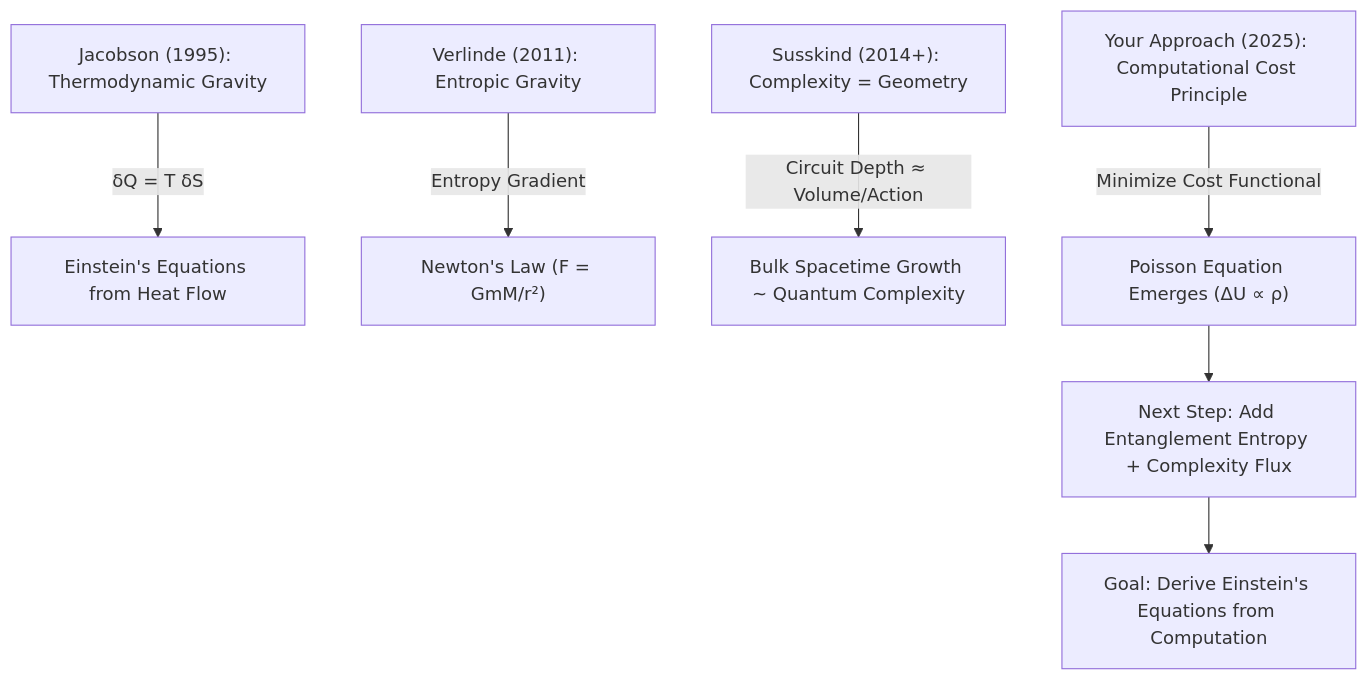
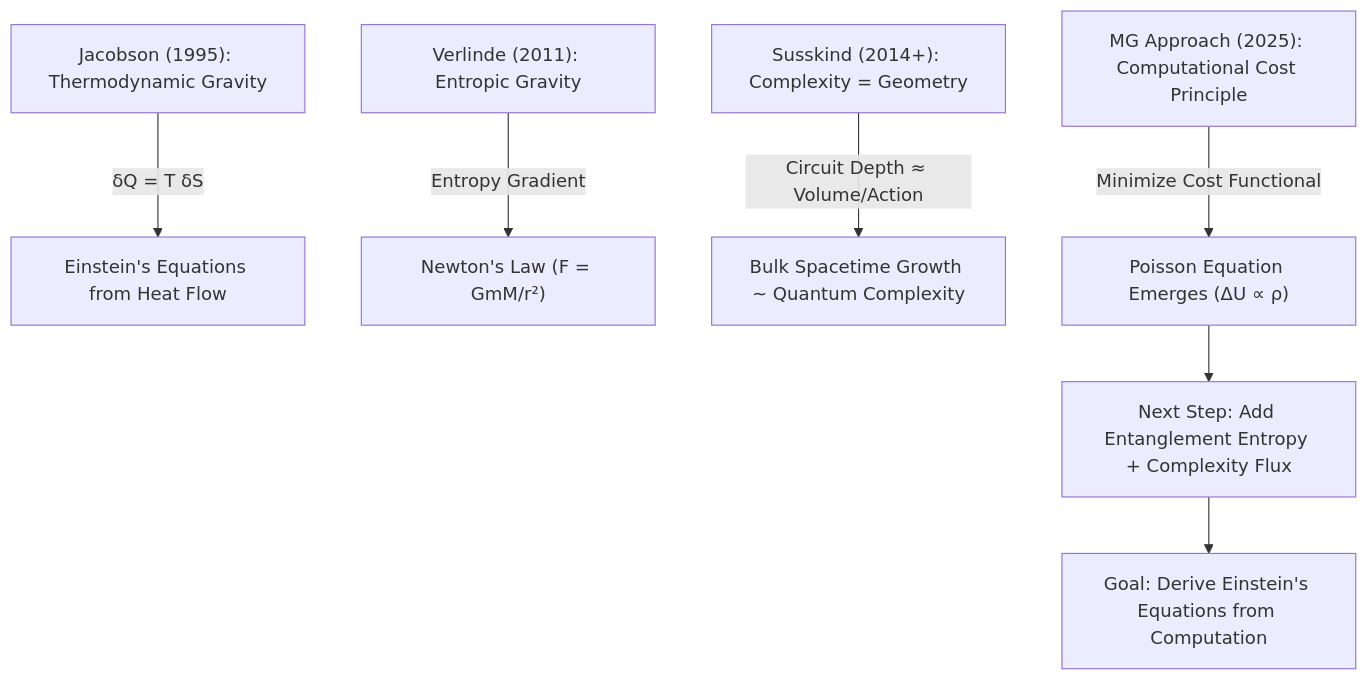
The second of 2 diagrams in README.md (mikegashash/DarkMatterRender), drawn with Mermaid before and after one commit. The commit also changed other lines of this file, not shown here.

````diff
--- a/README.md
+++ b/README.md
@@ -50,15 +51,16 @@
 ```mermaid
+
 flowchart TD
 
 A["Jacobson (1995): Thermodynamic Gravity"] -->|δQ = T δS| B["Einstein's Equations from Heat Flow"]
 
 C["Verlinde (2011): Entropic Gravity"] -->|Entropy Gradient| D["Newton's Law (F = GmM/r²)"]
 
 E["Susskind (2014+): Complexity = Geometry"] -->|Circuit Depth ≈ Volume/Action| F["Bulk Spacetime Growth ~ Quantum Complexity"]
 
-G["Your Approach (2025): Computational Cost Principle"] -->|Minimize Cost Functional| H["Poisson Equation Emerges (ΔU ∝ ρ)"]
+G["MG Approach (2025): Computational Cost Principle"] -->|Minimize Cost Functional| H["Poisson Equation Emerges (ΔU ∝ ρ)"]
 
 H --> I["Next Step: Add Entanglement Entropy + Complexity Flux"]
 I --> J["Goal: Derive Einstein's Equations from Computation"]
 
 ```
````
